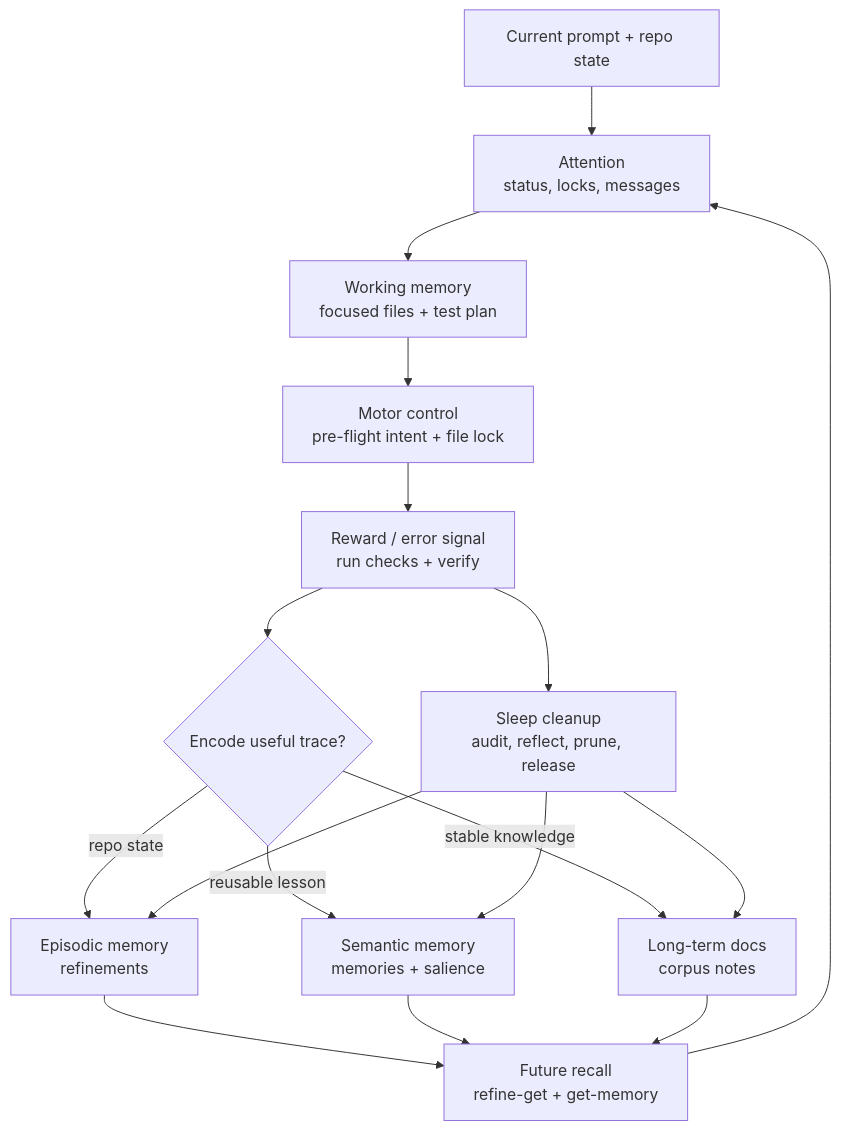
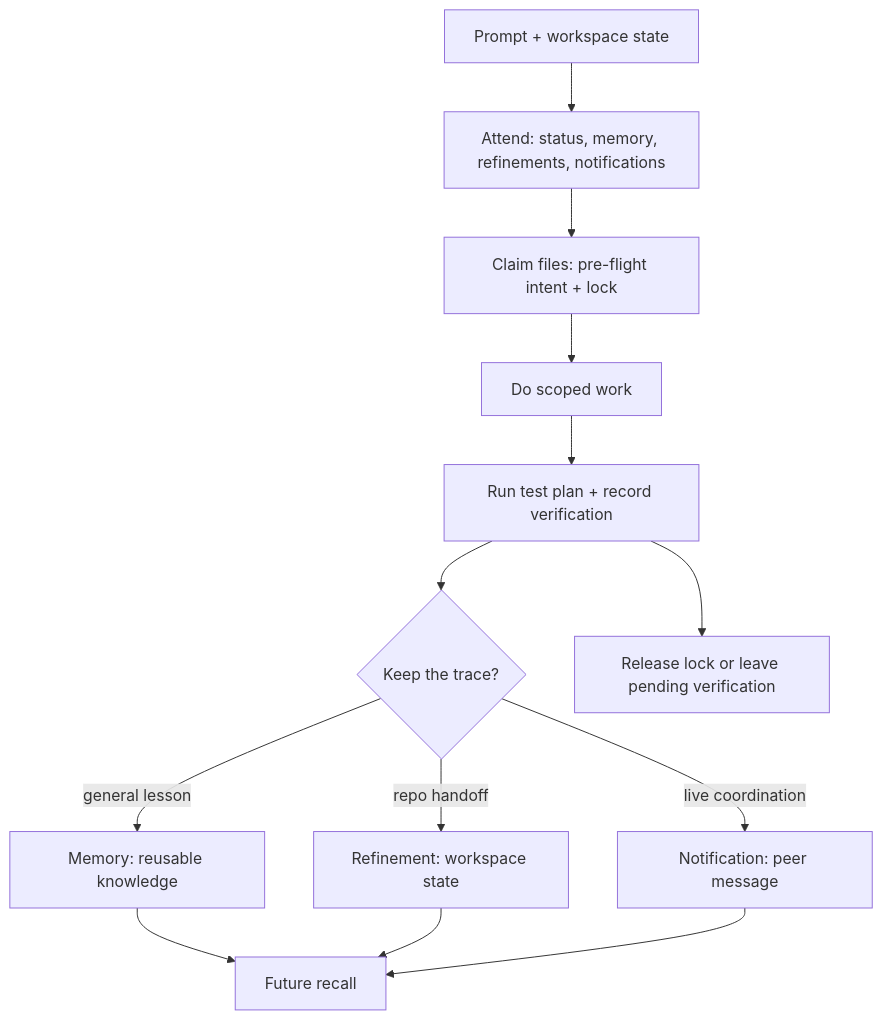
One commit to bgauryy/octocode changed the diagram in skills/octocode-awareness/README.md. Above: the diagram before and after it, drawn with Mermaid. The commit also changed other lines of this file and 8 other files, not shown here.

````diff
--- a/skills/octocode-awareness/README.md
+++ b/skills/octocode-awareness/README.md
@@ -39,22 +57,15 @@
 ```mermaid
 flowchart TD
-  Prompt["Current prompt + repo state"] --> Attention["Attention<br/>status, locks, messages"]
-  Attention --> Working["Working memory<br/>focused files + test plan"]
-  Working --> Motor["Motor control<br/>pre-flight intent + file lock"]
-  Motor --> Verify["Reward / error signal<br/>run checks + verify"]
-  Verify --> Encode{"Encode useful trace?"}
-
-  Encode -->|repo state| Episodic["Episodic memory<br/>refinements"]
-  Encode -->|reusable lesson| Semantic["Semantic memory<br/>memories + salience"]
-  Encode -->|stable knowledge| Corpus["Long-term docs<br/>corpus notes"]
-
-  Verify --> Sleep["Sleep cleanup<br/>audit, reflect, prune, release"]
-  Sleep --> Episodic
-  Sleep --> Semantic
-  Sleep --> Corpus
-
-  Episodic --> Recall["Future recall<br/>refine-get + get-memory"]
-  Semantic --> Recall
-  Corpus --> Recall
-  Recall --> Attention
+  Prompt["Prompt + workspace state"] --> Attend["Attend: status, memory, refinements, notifications"]
+  Attend --> Claim["Claim files: pre-flight intent + lock"]
+  Claim --> Work["Do scoped work"]
+  Work --> Verify["Run test plan + record verification"]
+  Verify --> Encode{"Keep the trace?"}
+  Encode -->|general lesson| Memory["Memory: reusable knowledge"]
+  Encode -->|repo handoff| Refinement["Refinement: workspace state"]
+  Encode -->|live coordination| Notify["Notification: peer message"]
+  Verify --> Release["Release lock or leave pending verification"]
+  Memory --> Recall["Future recall"]
+  Refinement --> Recall
+  Notify --> Recall
 ```
````
